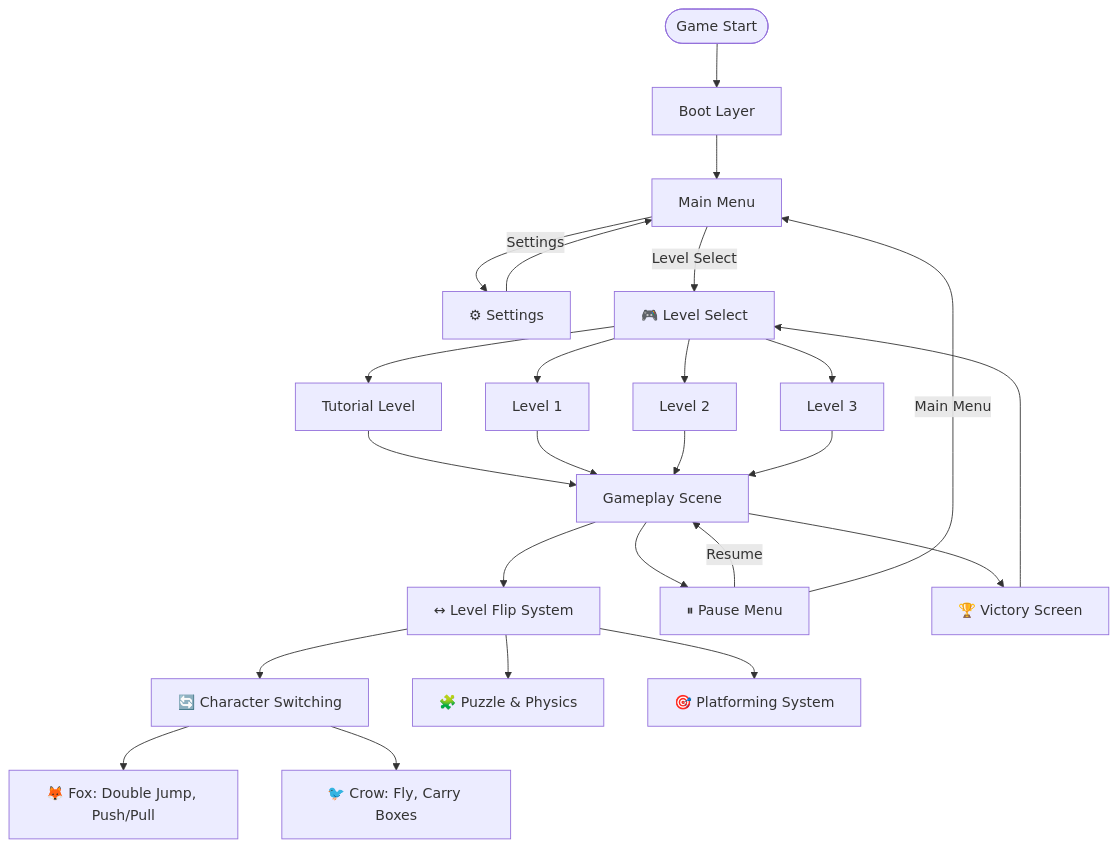
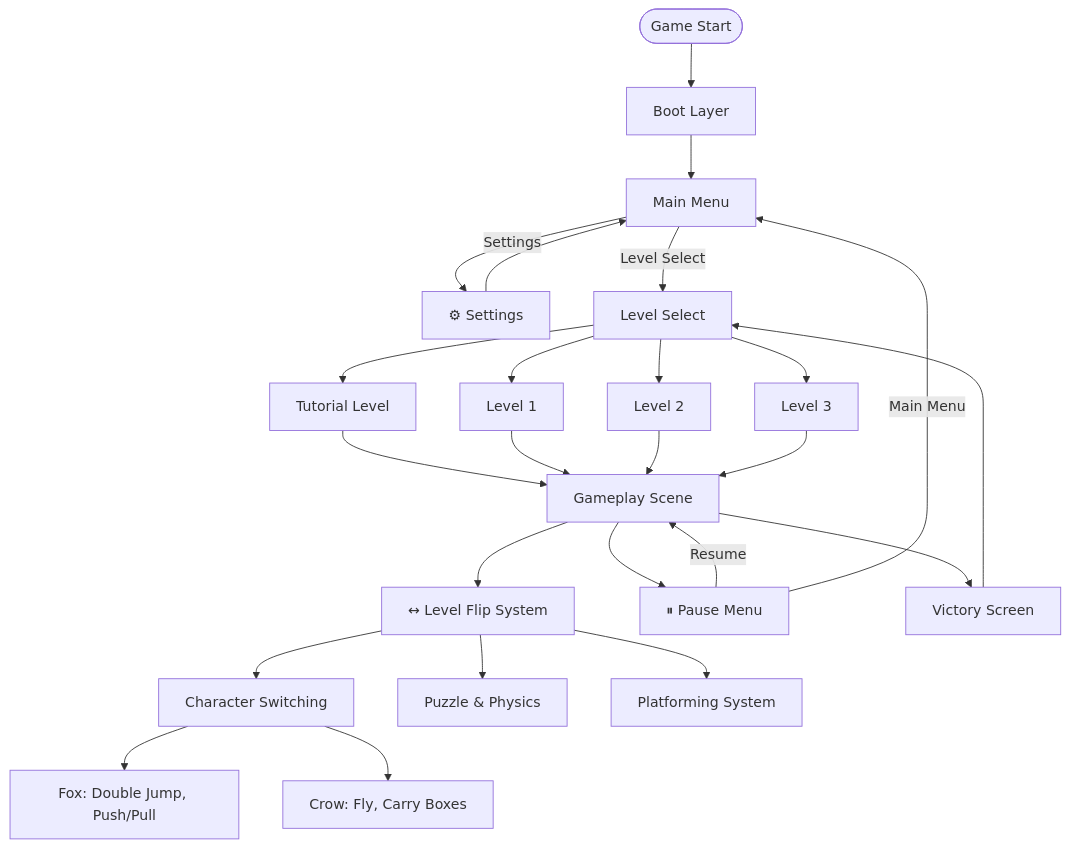
The second of 4 diagrams in README.md (Justsomeguy241/Out-of-the-box), drawn with Mermaid before and after one commit. The commit also changed other lines of this file, not shown here.

````diff
--- a/README.md
+++ b/README.md
@@ -48,43 +48,43 @@
 ```mermaid
 graph TD
     %% Initialization
     Start([Game Start]) --> Boot[Boot Layer] --> MM[Main Menu]
 
     %% Main Menu Options
     MM -->|Settings| Settings[⚙ Settings]
-    MM -->|Level Select| LevelSelect[🎮 Level Select]
+    MM -->|Level Select| LevelSelect[Level Select]
     Settings --> MM
 
     %% Level Select -> Levels
     LevelSelect --> Tutorial[Tutorial Level]
     LevelSelect --> Level1[Level 1]
     LevelSelect --> Level2[Level 2]
     LevelSelect --> Level3[Level 3]
 
     %% Levels flow into Gameplay
     Tutorial --> GP[Gameplay Scene]
     Level1 --> GP
     Level2 --> GP
     Level3 --> GP
 
     %% Gameplay Core (Flip as container)
     GP --> Flip[↔ Level Flip System]
 
     %% Inside Flip System
-    Flip --> Switch[🔄 Character Switching]
-    Switch --> Fox[🦊 Fox: Double Jump, Push/Pull]
-    Switch --> Crow[🐦 Crow: Fly, Carry Boxes]
-    Flip --> Puzzle[🧩 Puzzle & Physics]
-    Flip --> Platforming[🎯 Platforming System]
+    Flip --> Switch[Character Switching]
+    Switch --> Fox[Fox: Double Jump, Push/Pull]
+    Switch --> Crow[Crow: Fly, Carry Boxes]
+    Flip --> Puzzle[Puzzle & Physics]
+    Flip --> Platforming[Platforming System]
 
     %% Pause
     GP --> Pause[⏸ Pause Menu]
     Pause -->|Resume| GP
     Pause -->|Main Menu| MM
 
     %% End Flow
-    GP --> Victory[🏆 Victory Screen]
+    GP --> Victory[Victory Screen]
     Victory --> LevelSelect
 
     
 ```
````
